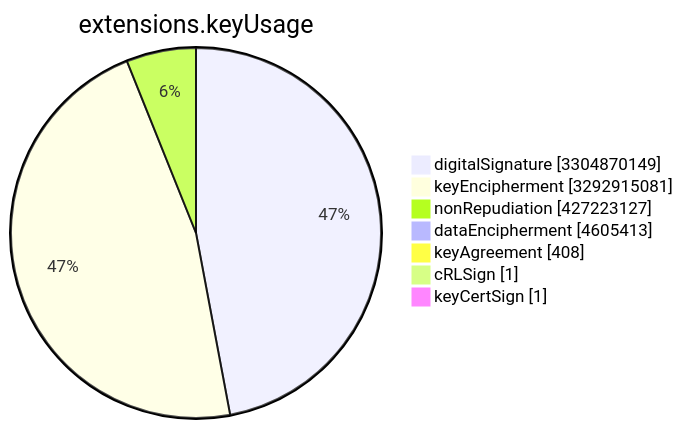
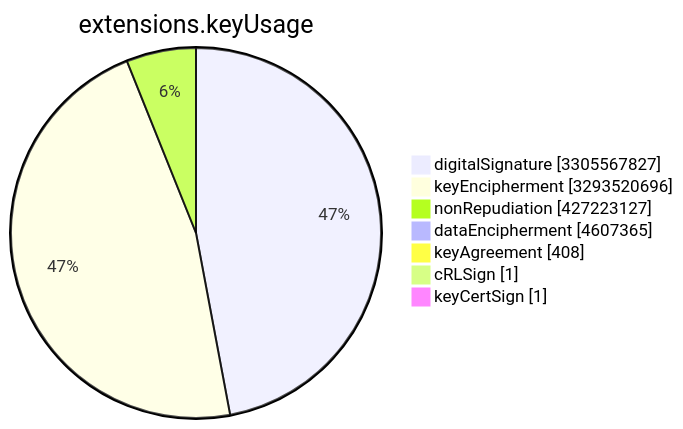
The sixth of 15 diagrams in TOTAL/README.md (christiankrug/ctmonitor_visualization), drawn with Mermaid before and after one commit. The commit also changed other lines of this file, not shown here.

````diff
--- a/TOTAL/README.md
+++ b/TOTAL/README.md
@@ -3078,11 +3078,11 @@
 ```mermaid
 pie showData
 title extensions.keyUsage
-"digitalSignature" :3304870149
-"keyEncipherment" :3292915081
+"digitalSignature" :3305567827
+"keyEncipherment" :3293520696
 "nonRepudiation" :427223127
-"dataEncipherment" :4605413
+"dataEncipherment" :4607365
 "keyAgreement" :408
 "cRLSign" :1
 "keyCertSign" :1
 ```
````
